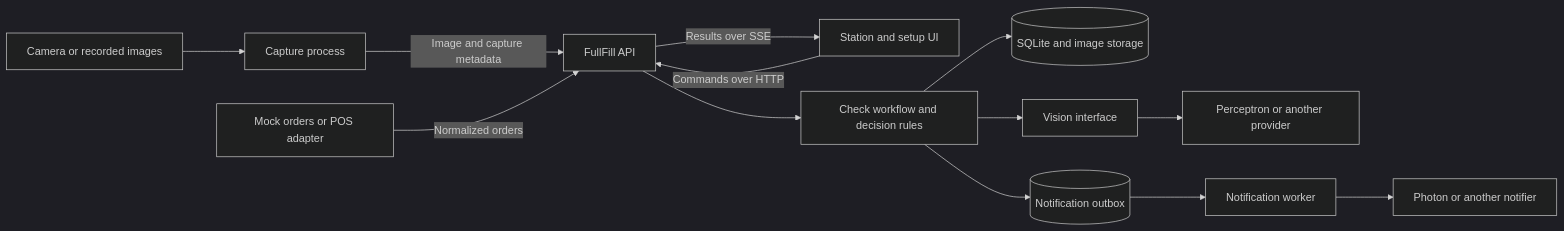
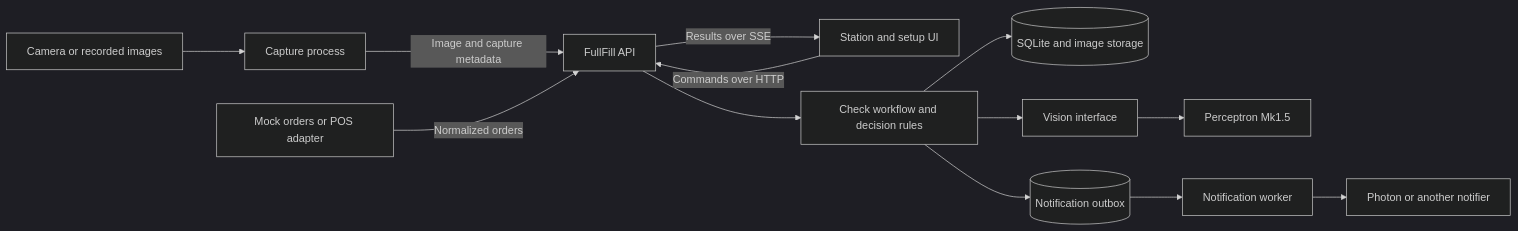
The diagram in docs/system-design.md (rivak7/FullFill), drawn with Mermaid (dark theme) before and after one commit. The commit also changed other lines of this file, not shown here.

````diff
--- a/docs/system-design.md
+++ b/docs/system-design.md
@@ -13,15 +13,15 @@
 ```mermaid
 flowchart LR
     CAM[Camera or recorded images] --> CAP[Capture process]
     CAP -->|Image and capture metadata| API[FullFill API]
     UI[Station and setup UI] -->|Commands over HTTP| API
     API -->|Results over SSE| UI
     ORD[Mock orders or POS adapter] -->|Normalized orders| API
     API --> CORE[Check workflow and decision rules]
     CORE --> DB[(SQLite and image storage)]
     CORE --> V[Vision interface]
-    V --> VP[Perceptron or another provider]
+    V --> VP[Perceptron Mk1.5]
     CORE --> OUT[(Notification outbox)]
     OUT --> NW[Notification worker]
     NW --> NP[Photon or another notifier]
 ```
````
